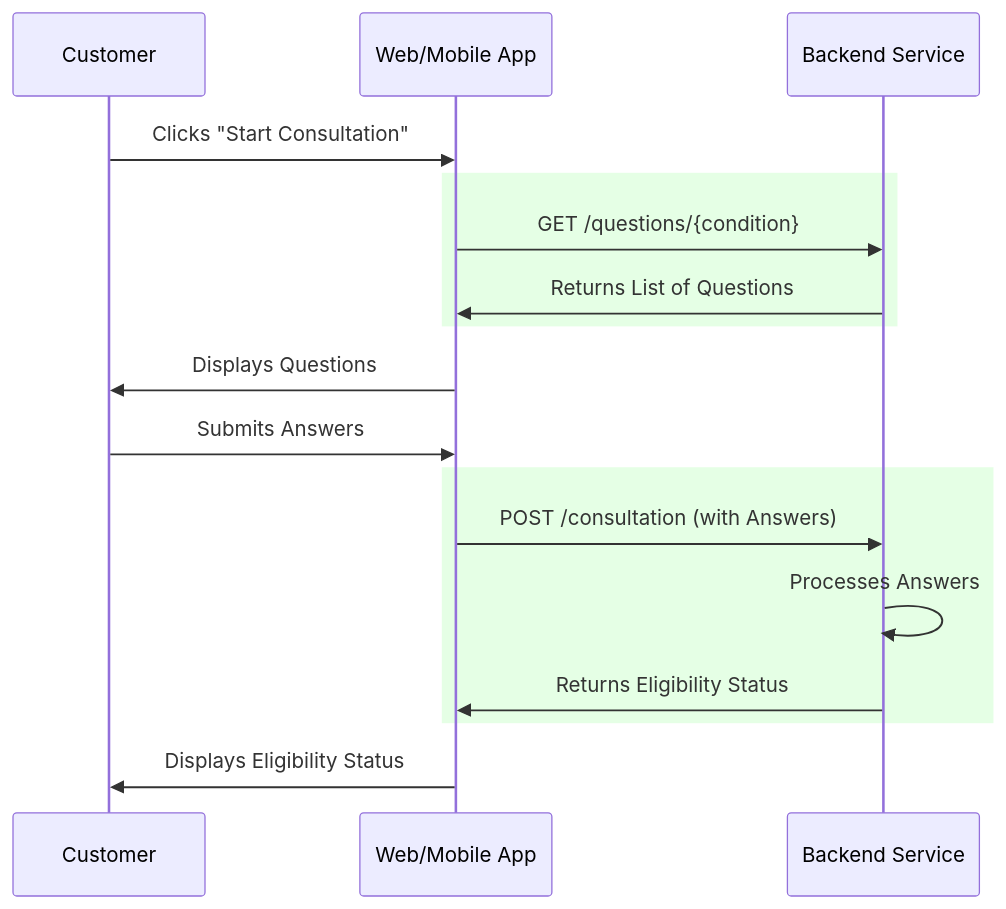
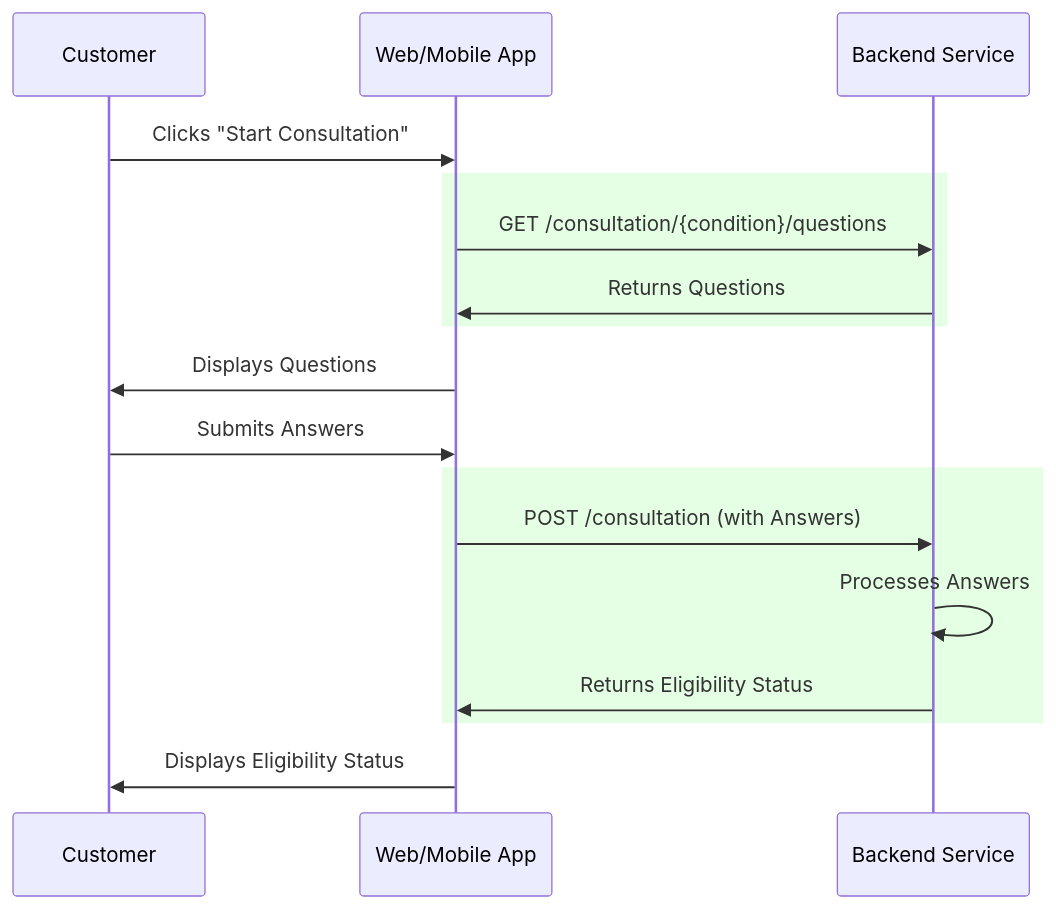
Before and after one commit to jwaterson/medexpress-consultation: the diagram in README.md, drawn with Mermaid. The commit also changed other lines of this file, not shown here.

Commit message:
reword exposition

````diff
--- a/README.md
+++ b/README.md
@@ -14,20 +14,20 @@
 ```mermaid
 sequenceDiagram
   participant Customer
   participant WebApp as Web/Mobile App
   participant Backend as Backend Service
 
   Customer ->> WebApp: Clicks "Start Consultation"
   rect rgba(0, 255, 0, 0.1)
-  WebApp ->> Backend: GET /questions/{condition}
-  Backend ->> WebApp: Returns List of Questions
+  WebApp ->> Backend: GET /consultation/{condition}/questions
+  Backend ->> WebApp: Returns Questions
   end
   WebApp ->> Customer: Displays Questions
   Customer ->> WebApp: Submits Answers
   rect rgba(0, 255, 0, 0.1)
   WebApp ->> Backend: POST /consultation (with Answers)
   Backend ->> Backend: Processes Answers
   Backend ->> WebApp: Returns Eligibility Status
   end
   WebApp ->> Customer: Displays Eligibility Status
 ```
````
